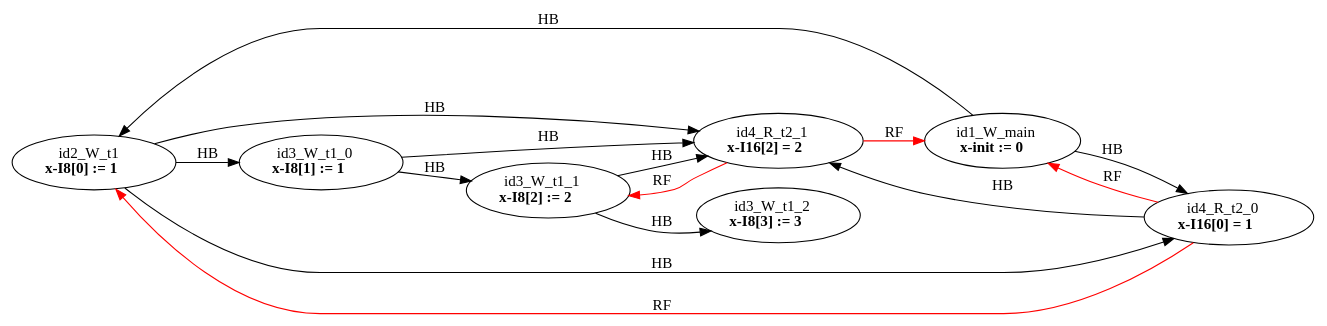
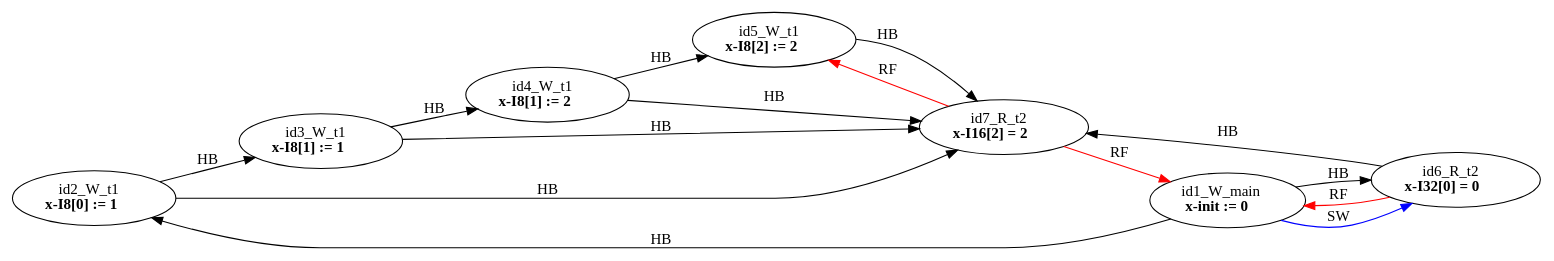
Before and after one commit to FMJS/EMME: the diagram in examples/single_var/sv_simple16/mm5.dot, drawn with Graphviz. The commit also changed 115 other files, not shown here.

```diff
--- a/examples/single_var/sv_simple16/mm5.dot
+++ b/examples/single_var/sv_simple16/mm5.dot
@@ -1,25 +1,25 @@
 digraph memory_model {
 rankdir=LR;
 splines=true; esep=0.5;
-id2_W_t1 -> id3_W_t1_0 [label = "HB", color="black"];
-id3_W_t1_0 -> id3_W_t1_1 [label = "HB", color="black"];
-id3_W_t1_1 -> id3_W_t1_2 [label = "HB", color="black"];
-id4_R_t2_0 -> id4_R_t2_1 [label = "HB", color="black"];
+id2_W_t1 -> id3_W_t1 [label = "HB", color="black"];
+id3_W_t1 -> id4_W_t1 [label = "HB", color="black"];
+id4_W_t1 -> id5_W_t1 [label = "HB", color="black"];
+id6_R_t2 -> id7_R_t2 [label = "HB", color="black"];
 id1_W_main -> id2_W_t1 [label = "HB", color="black"];
-id1_W_main -> id4_R_t2_0 [label = "HB", color="black"];
-id2_W_t1 -> id4_R_t2_0 [label = "HB", color="black"];
-id2_W_t1 -> id4_R_t2_1 [label = "HB", color="black"];
-id3_W_t1_0 -> id4_R_t2_1 [label = "HB", color="black"];
-id3_W_t1_1 -> id4_R_t2_1 [label = "HB", color="black"];
-id4_R_t2_0 -> id1_W_main [label = "RF", color="red"];
-id4_R_t2_0 -> id2_W_t1 [label = "RF", color="red"];
-id4_R_t2_1 -> id1_W_main [label = "RF", color="red"];
-id4_R_t2_1 -> id3_W_t1_1 [label = "RF", color="red"];
+id1_W_main -> id6_R_t2 [label = "HB", color="black"];
+id2_W_t1 -> id7_R_t2 [label = "HB", color="black"];
+id3_W_t1 -> id7_R_t2 [label = "HB", color="black"];
+id4_W_t1 -> id7_R_t2 [label = "HB", color="black"];
+id5_W_t1 -> id7_R_t2 [label = "HB", color="black"];
+id6_R_t2 -> id1_W_main [label = "RF", color="red"];
+id7_R_t2 -> id1_W_main [label = "RF", color="red"];
+id7_R_t2 -> id5_W_t1 [label = "RF", color="red"];
+id1_W_main -> id6_R_t2 [label = "SW", color="blue"];
 id1_W_main [label=<id1_W_main<br/><B>x-init := 0</B>>, pos="2.5,8!"]
 id2_W_t1 [label=<id2_W_t1<br/><B>x-I8[0] := 1</B>>, pos="0,6!"]
-id3_W_t1_0 [label=<id3_W_t1_0<br/><B>x-I8[1] := 1</B>>, pos="0,4!"]
-id3_W_t1_1 [label=<id3_W_t1_1<br/><B>x-I8[2] := 2</B>>, pos="0,2!"]
-id3_W_t1_2 [label=<id3_W_t1_2<br/><B>x-I8[3] := 3</B>>, pos="0,0!"]
-id4_R_t2_0 [label=<id4_R_t2_0<br/><B>x-I16[0] = 1</B>>, pos="5,6!"]
-id4_R_t2_1 [label=<id4_R_t2_1<br/><B>x-I16[2] = 2</B>>, pos="5,4!"]
+id3_W_t1 [label=<id3_W_t1<br/><B>x-I8[1] := 1</B>>, pos="0,4!"]
+id4_W_t1 [label=<id4_W_t1<br/><B>x-I8[1] := 2</B>>, pos="0,2!"]
+id5_W_t1 [label=<id5_W_t1<br/><B>x-I8[2] := 2</B>>, pos="0,0!"]
+id6_R_t2 [label=<id6_R_t2<br/><B>x-I32[0] = 0</B>>, pos="5,6!"]
+id7_R_t2 [label=<id7_R_t2<br/><B>x-I16[2] = 2</B>>, pos="5,4!"]
 }
```
